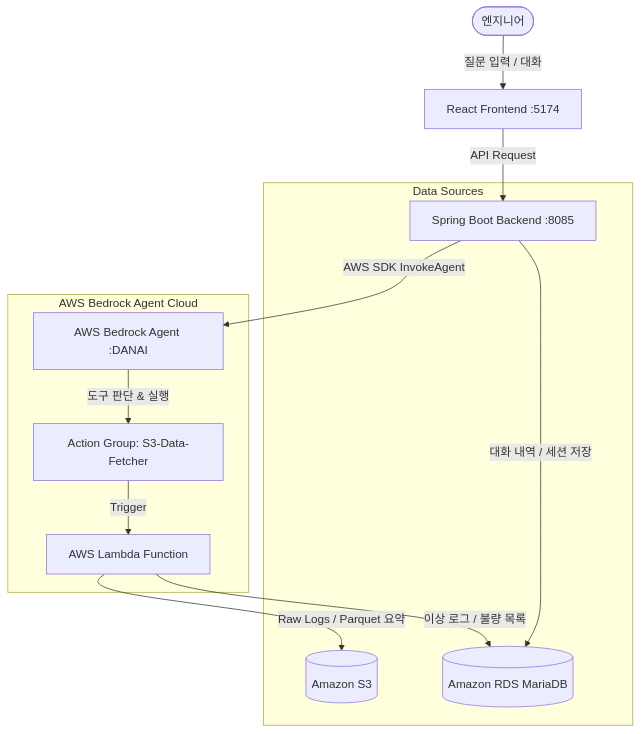
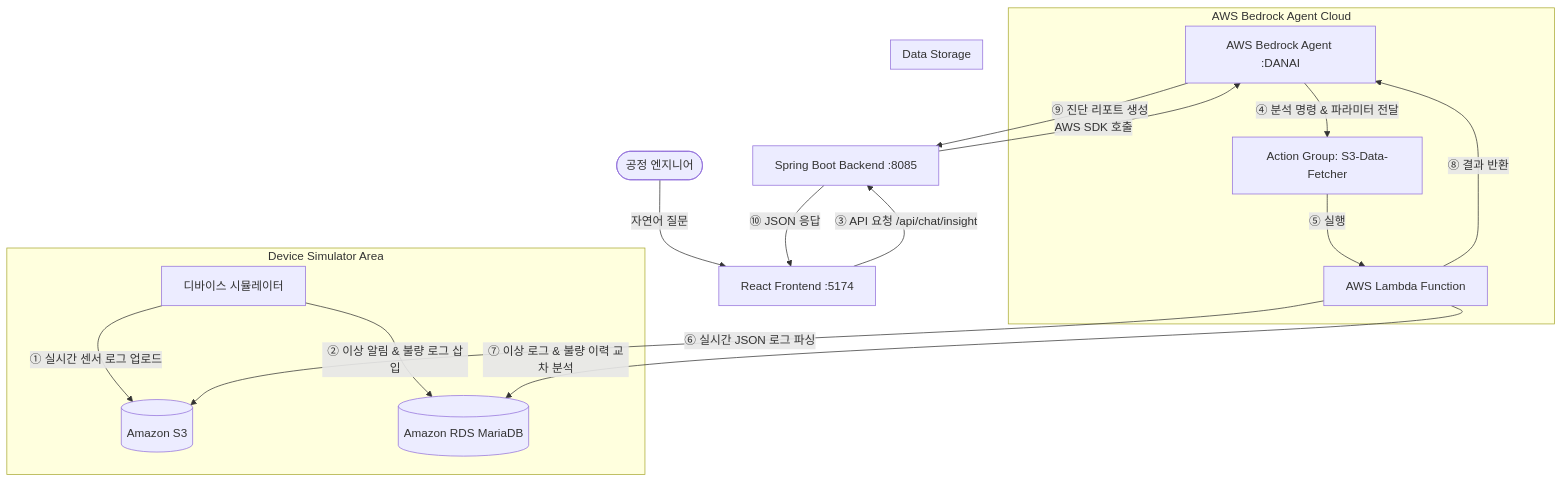
Before and after one commit to 404-Factory/chatbot-service: the diagram in README.md, drawn with Mermaid. The commit also changed other lines of this file, not shown here.

Commit message:
docs: rewrite README.md for simulator developer with integration spec

````diff
--- a/README.md
+++ b/README.md
@@ -9,17 +13,28 @@
 ```mermaid
 graph TD
-    User([엔지니어]) -->|질문 입력 / 대화| FE[React Frontend :5174]
-    FE -->|API Request| BE[Spring Boot Backend :8085]
-    BE -->|AWS SDK InvokeAgent| Bedrock[AWS Bedrock Agent :DANAI]
-    
-    subgraph AWS Bedrock Agent Cloud
-        Bedrock -->|도구 판단 & 실행| ActionGroup[Action Group: S3-Data-Fetcher]
-        ActionGroup -->|Trigger| Lambda[AWS Lambda Function]
+    %% 데이터 생성 (시뮬레이터 영역)
+    subgraph Device Simulator Area
+        Sim[디바이스 시뮬레이터] -->|① 실시간 센서 로그 업로드| S3[(Amazon S3)]
+        Sim -->|② 이상 알림 & 불량 로그 삽입| RDS[(Amazon RDS MariaDB)]
     end
 
-    subgraph Data Sources
-        Lambda -->|Raw Logs / Parquet 요약| S3[(Amazon S3)]
-        Lambda -->|이상 로그 / 불량 목록| RDS[(Amazon RDS MariaDB)]
-        BE -->|대화 내역 / 세션 저장| RDS
+    %% AI 에이전트 영역
+    subgraph AWS Bedrock Agent Cloud
+        Bedrock[AWS Bedrock Agent :DANAI] -->|④ 분석 명령 & 파라미터 전달| ActionGroup[Action Group: S3-Data-Fetcher]
+        ActionGroup -->|⑤ 실행| Lambda[AWS Lambda Function]
     end
+
+    %% 데이터 소스 영역
+    subgraph Data Storage
+        Lambda -->|⑥ 실시간 JSON 로그 파싱| S3
+        Lambda -->|⑦ 이상 로그 & 불량 이력 교차 분석| RDS
+    end
+
+    %% 애플리케이션 및 사용자 영역
+    User([공정 엔지니어]) -->|자연어 질문| FE[React Frontend :5174]
+    FE -->|③ API 요청 /api/chat/insight| BE[Spring Boot Backend :8085]
+    BE -->|AWS SDK 호출| Bedrock
+    Lambda -->|⑧ 결과 반환| Bedrock
+    Bedrock -->|⑨ 진단 리포트 생성| BE
+    BE -->|⑩ JSON 응답| FE
 ```
````
